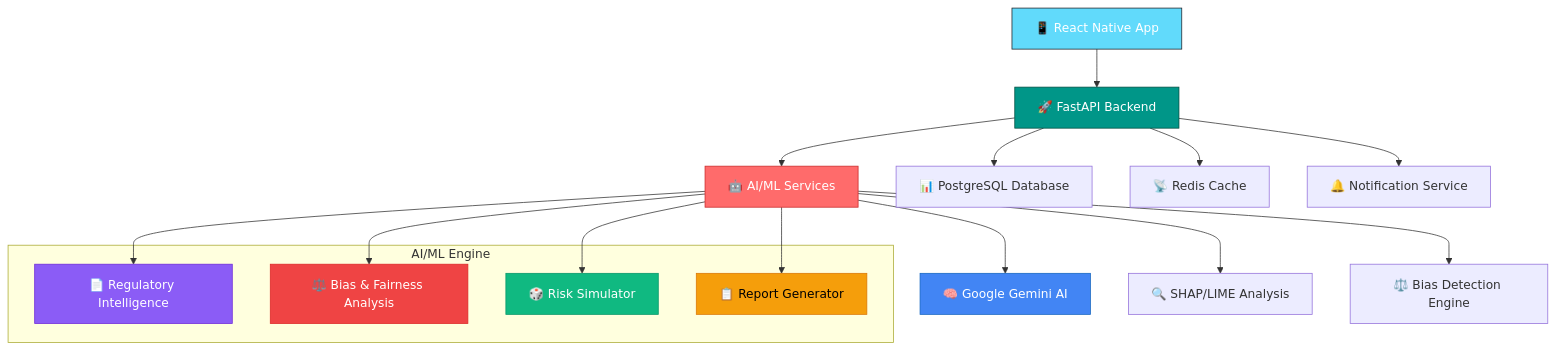
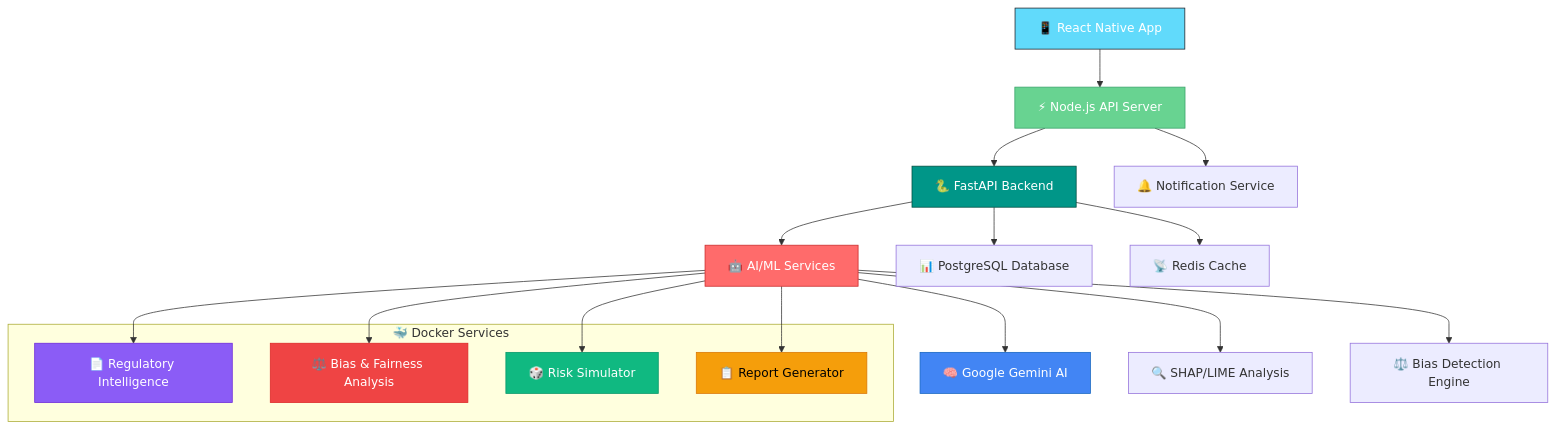
Before and after one commit to bhuwanb23/regiq: the first of 2 diagrams in README.md, drawn with Mermaid. The commit also changed other lines of this file and 6 other files, not shown here.

````diff
--- a/README.md
+++ b/README.md
@@ -118,32 +115,34 @@
 ```mermaid
 graph TB
-    A[📱 React Native App] --> B[🚀 FastAPI Backend]
-    B --> C[🤖 AI/ML Services]
-    B --> D[📊 PostgreSQL Database]
-    C --> E[🧠 Google Gemini AI]
-    C --> F[🔍 SHAP/LIME Analysis]
-    C --> G[⚖️ Bias Detection Engine]
-    B --> H[📡 Redis Cache]
-    B --> I[🔔 Notification Service]
+    A[📱 React Native App] --> B[⚡ Node.js API Server]
+    B --> C[🐍 FastAPI Backend]
+    C --> D[🤖 AI/ML Services]
+    C --> E[📊 PostgreSQL Database]
+    D --> F[🧠 Google Gemini AI]
+    D --> G[🔍 SHAP/LIME Analysis]
+    D --> H[⚖️ Bias Detection Engine]
+    C --> I[📡 Redis Cache]
+    B --> J[🔔 Notification Service]
     
-    subgraph "AI/ML Engine"
-        J[📄 Regulatory Intelligence]
-        K[⚖️ Bias & Fairness Analysis]
-        L[🎲 Risk Simulator]
-        M[📋 Report Generator]
+    subgraph "🐳 Docker Services"
+        K[📄 Regulatory Intelligence]
+        L[⚖️ Bias & Fairness Analysis]
+        M[🎲 Risk Simulator]
+        N[📋 Report Generator]
     end
     
-    C --> J
-    C --> K
-    C --> L
-    C --> M
+    D --> K
+    D --> L
+    D --> M
+    D --> N
     
     style A fill:#61DAFB,stroke:#20232A,color:#fff
-    style B fill:#009688,stroke:#004D40,color:#fff
-    style C fill:#FF6B6B,stroke:#C92A2A,color:#fff
-    style E fill:#4285F4,stroke:#1565C0,color:#fff
-    style J fill:#8B5CF6,stroke:#6D28D9,color:#fff
-    style K fill:#EF4444,stroke:#DC2626,color:#fff
-    style L fill:#10B981,stroke:#059669,color:#fff
-    style M fill:#F59E0B,stroke:#D97706,color:#000
+    style B fill:#68D391,stroke:#38A169,color:#fff
+    style C fill:#009688,stroke:#004D40,color:#fff
+    style D fill:#FF6B6B,stroke:#C92A2A,color:#fff
+    style F fill:#4285F4,stroke:#1565C0,color:#fff
+    style K fill:#8B5CF6,stroke:#6D28D9,color:#fff
+    style L fill:#EF4444,stroke:#DC2626,color:#fff
+    style M fill:#10B981,stroke:#059669,color:#fff
+    style N fill:#F59E0B,stroke:#D97706,color:#000
 ```
````
